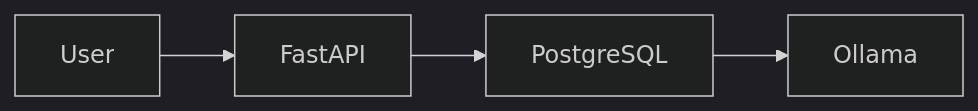
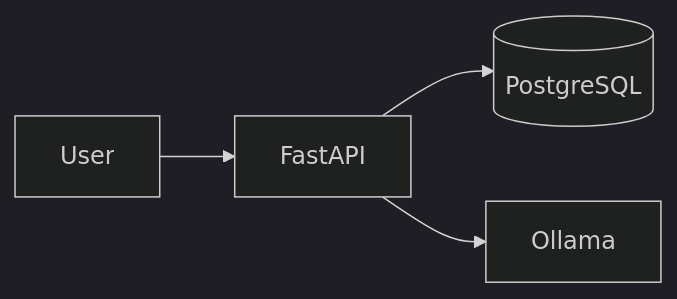
Diagram 19 of 20 in docs/ARCHITECTURE.md (Vaibhav200303/career-copilot), drawn with Mermaid (dark theme) before and after one commit. The commit also changed other lines of this file, not shown here.

First line of the commit message:
Update mermaid diagrams in ARCHITECTURE.md

````diff
--- a/docs/ARCHITECTURE.md
+++ b/docs/ARCHITECTURE.md
@@ -2108,17 +1933,12 @@
 ```mermaid
 flowchart LR
 
-User
+A[User]
+B[FastAPI]
+C[(PostgreSQL)]
+D[Ollama]
 
--->
-
-FastAPI
-
--->
-
-PostgreSQL
-
--->
-
-Ollama
+A --> B
+B --> C
+B --> D
 ```
````
